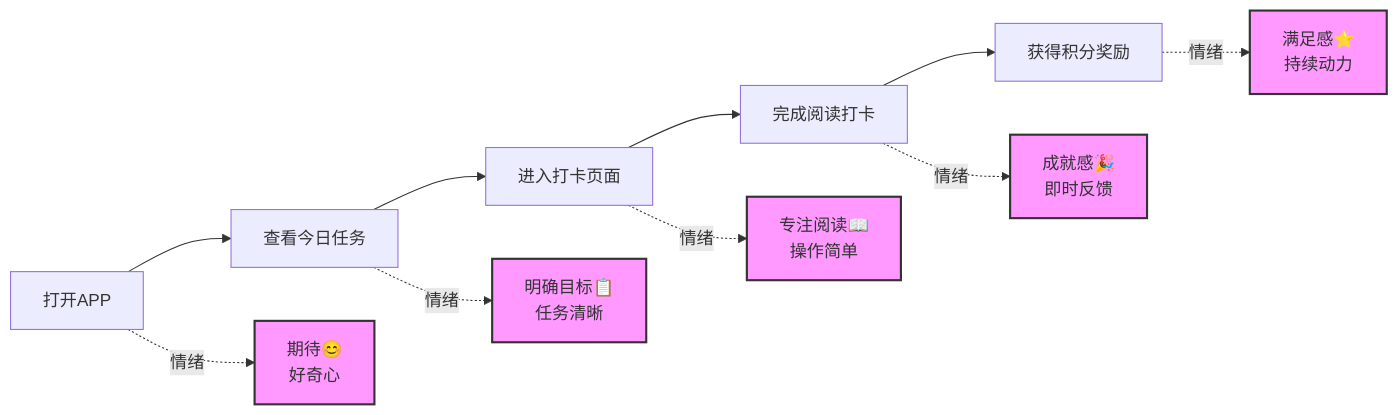
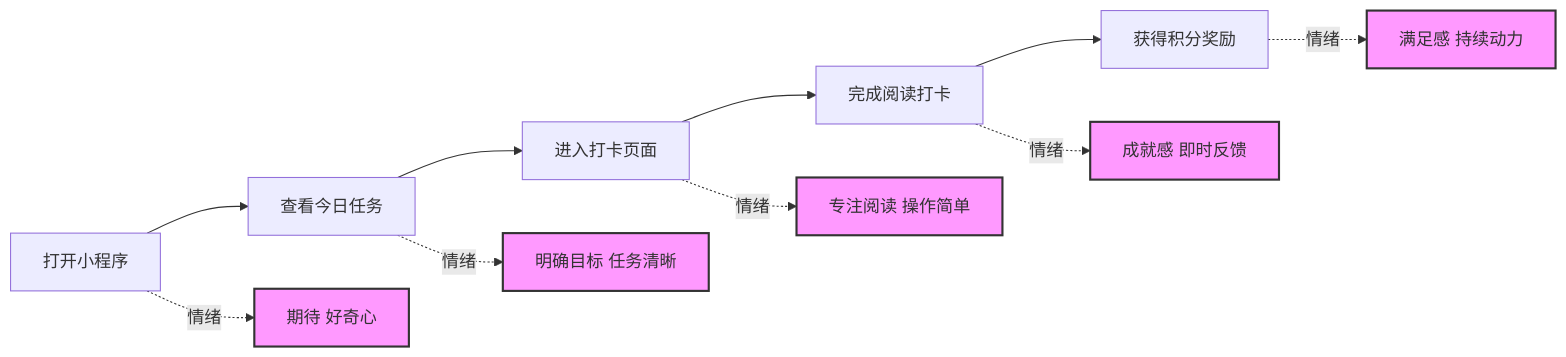
Before and after one commit to 22816523/math-kids: the first of 18 diagrams in 2-AI伴读V1.0/PRD文档/校校读吧学生端PRD_V1.0.md, drawn with Mermaid. The commit also changed other lines of this file and 9 other files, not shown here.

````diff
--- a/2-AI伴读V1.0/PRD文档/校校读吧学生端PRD_V1.0.md
+++ b/2-AI伴读V1.0/PRD文档/校校读吧学生端PRD_V1.0.md
@@ -129,19 +129,19 @@
 ```mermaid
 graph LR
-    A[打开APP] --> B[查看今日任务]
+    A[打开小程序] --> B[查看今日任务]
     B --> C[进入打卡页面]
     C --> D[完成阅读打卡]
     D --> E[获得积分奖励]
 
-    A -.情绪.-> A1[期待😊<br/>好奇心]
-    B -.情绪.-> B1[明确目标📋<br/>任务清晰]
-    C -.情绪.-> C1[专注阅读📖<br/>操作简单]
-    D -.情绪.-> D1[成就感🎉<br/>即时反馈]
-    E -.情绪.-> E1[满足感⭐<br/>持续动力]
+    A -.情绪.-> A1[期待 好奇心]
+    B -.情绪.-> B1[明确目标 任务清晰]
+    C -.情绪.-> C1[专注阅读 操作简单]
+    D -.情绪.-> D1[成就感 即时反馈]
+    E -.情绪.-> E1[满足感 持续动力]
 
     style A1 fill:#f9f,stroke:#333,stroke-width:2px
     style B1 fill:#f9f,stroke:#333,stroke-width:2px
     style C1 fill:#f9f,stroke:#333,stroke-width:2px
     style D1 fill:#f9f,stroke:#333,stroke-width:2px
     style E1 fill:#f9f,stroke:#333,stroke-width:2px
 ```
````
